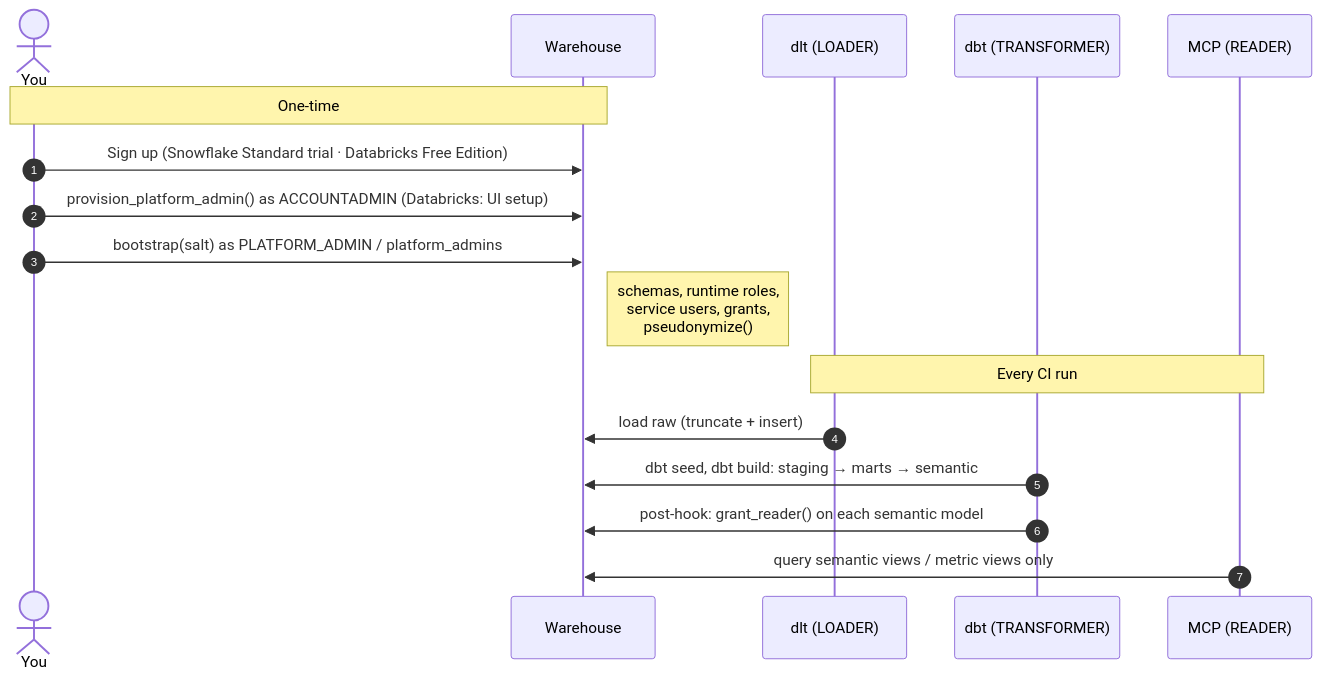
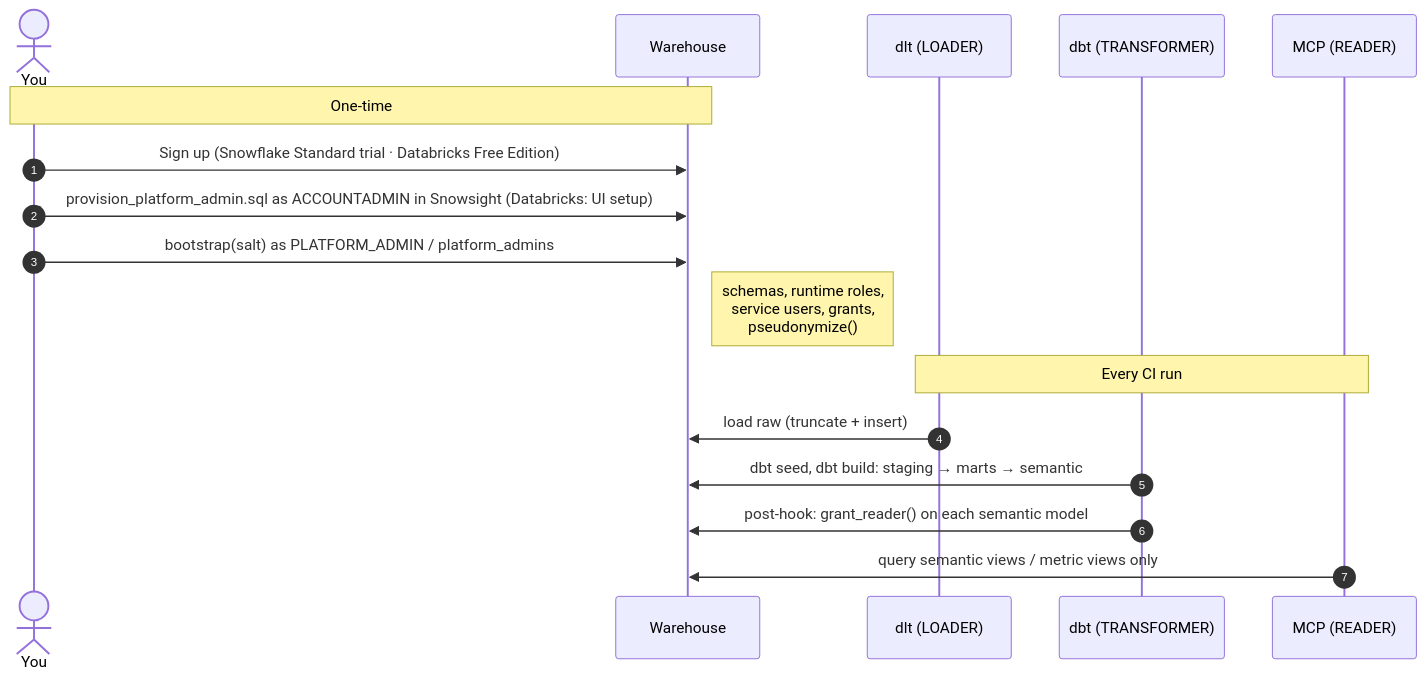
One commit to John-Miller12/portfolio-dual-target-dbt changed the third of 3 diagrams in docs/design/02a-governance-rbac.md. Above: the diagram before and after it, drawn with Mermaid. The commit also changed other lines of this file and 1 other file, not shown here.

First line of the commit message:
Design 02A rev 7, 03 rev 11: browser sign-in, provisioning in Snowsight

````diff
--- a/docs/design/02a-governance-rbac.md
+++ b/docs/design/02a-governance-rbac.md
@@ -182,21 +183,21 @@
 ```mermaid
 sequenceDiagram
   autonumber
   actor A as You
   participant W as Warehouse
   participant L as dlt (LOADER)
   participant D as dbt (TRANSFORMER)
   participant M as MCP (READER)
 
   Note over A,W: One-time
   A->>W: Sign up (Snowflake Standard trial · Databricks Free Edition)
-  A->>W: provision_platform_admin() as ACCOUNTADMIN (Databricks: UI setup)
+  A->>W: provision_platform_admin.sql as ACCOUNTADMIN in Snowsight (Databricks: UI setup)
   A->>W: bootstrap(salt) as PLATFORM_ADMIN / platform_admins
   Note right of W: schemas, runtime roles,<br/>service users, grants,<br/>pseudonymize()
 
   Note over L,M: Every CI run
   L->>W: load raw (truncate + insert)
   D->>W: dbt seed, dbt build: staging → marts → semantic
   D->>W: post-hook: grant_reader() on each semantic model
   M->>W: query semantic views / metric views only
 ```
````
